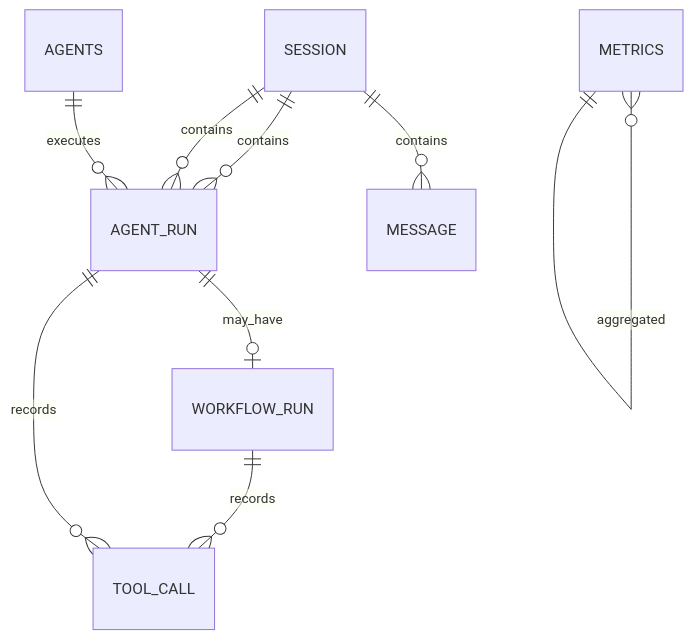
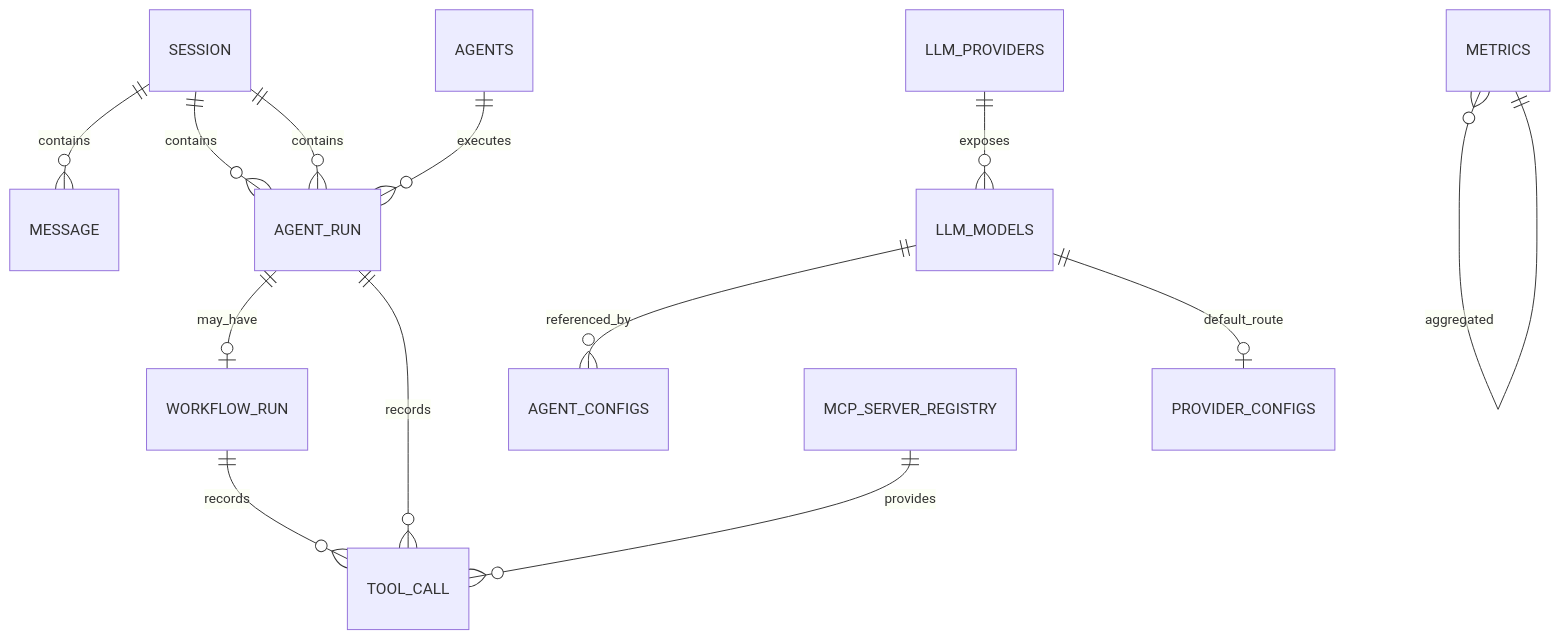
One commit to lian-yao/Multi-Agent-Collaboration-Platform changed the diagram in doc/data-model.md. Above: the diagram before and after it, drawn with Mermaid. The commit also changed other lines of this file and 22 other files, not shown here.

````diff
--- a/doc/data-model.md
+++ b/doc/data-model.md
@@ -16,11 +16,15 @@
 ```mermaid
 erDiagram
     SESSION ||--o{ MESSAGE : contains
     SESSION ||--o{ AGENT_RUN : contains
     AGENT_RUN ||--o| WORKFLOW_RUN : may_have
     AGENT_RUN ||--o{ TOOL_CALL : records
     SESSION ||--o{ AGENT_RUN : contains
     AGENTS ||--o{ AGENT_RUN : executes
     WORKFLOW_RUN ||--o{ TOOL_CALL : records
     METRICS }o--|| METRICS : aggregated
+    LLM_PROVIDERS ||--o{ LLM_MODELS : exposes
+    LLM_MODELS ||--o{ AGENT_CONFIGS : referenced_by
+    LLM_MODELS ||--o| PROVIDER_CONFIGS : default_route
+    MCP_SERVER_REGISTRY ||--o{ TOOL_CALL : provides
 ```
````
